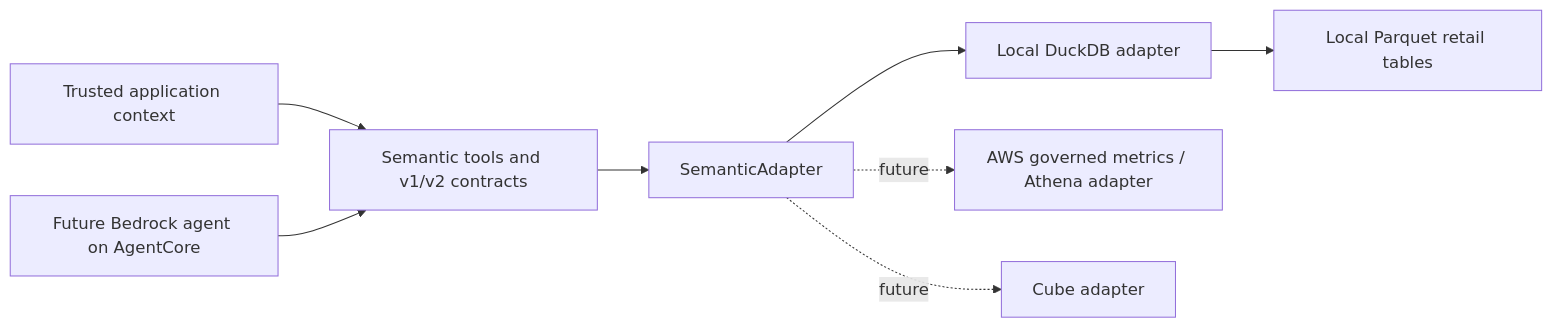
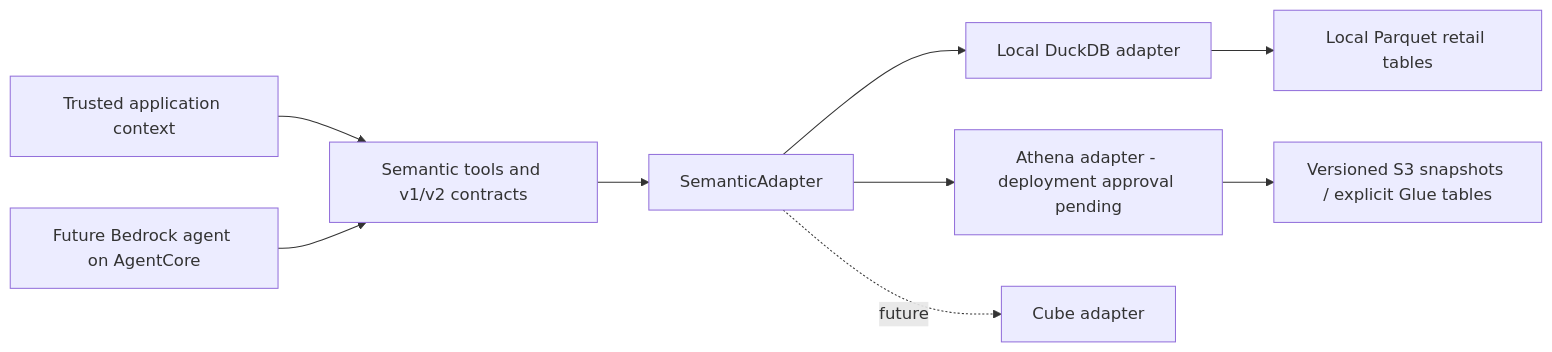
Before and after one commit to sureshkm-ai/enterprise-analytics-agent: the diagram in docs/architecture.md, drawn with Mermaid. The commit also changed other lines of this file and 37 other files, not shown here.

````diff
--- a/docs/architecture.md
+++ b/docs/architecture.md
@@ -5,10 +5,11 @@
 ```mermaid
 flowchart LR
     App[Trusted application context] --> Tools[Semantic tools and v1/v2 contracts]
     Agent[Future Bedrock agent on AgentCore] --> Tools
     Tools --> Interface[SemanticAdapter]
     Interface --> Local[Local DuckDB adapter]
-    Interface -. future .-> Athena[AWS governed metrics / Athena adapter]
+    Interface --> Athena[Athena adapter - deployment approval pending]
+    Athena --> Warehouse[Versioned S3 snapshots / explicit Glue tables]
     Interface -. future .-> Cube[Cube adapter]
     Local --> Data[Local Parquet retail tables]
 ```
````
